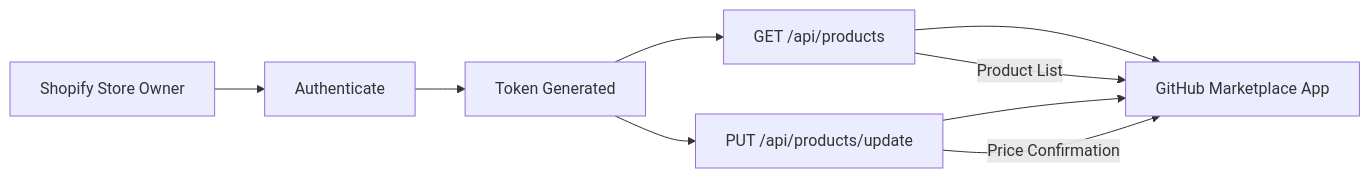
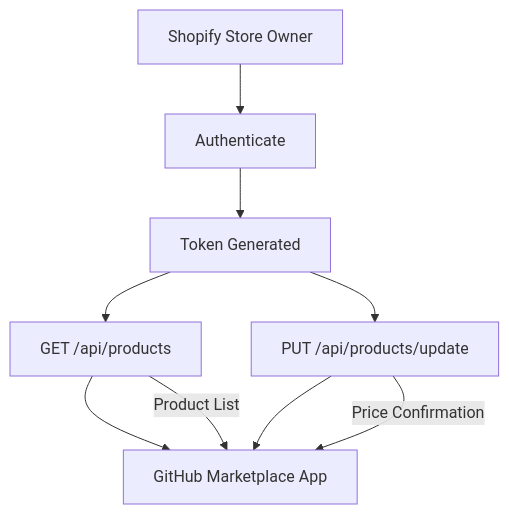
One commit to emcdo411/shopify-api-test-plan changed the diagram in README.md. Above: the diagram before and after it, drawn with Mermaid. The commit also changed other lines of this file, not shown here.

````diff
--- a/README.md
+++ b/README.md
@@ -23,11 +23,11 @@
 ```mermaid
-graph LR
+graph TD
     A["Shopify Store Owner"] --> B["Authenticate"]
     B --> C["Token Generated"]
     C --> D["GET /api/products"]
     C --> E["PUT /api/products/update"]
     D --> F["GitHub Marketplace App"]
     E --> F
     D -->|"Product List"| F
     E -->|"Price Confirmation"| F
 ```
````
